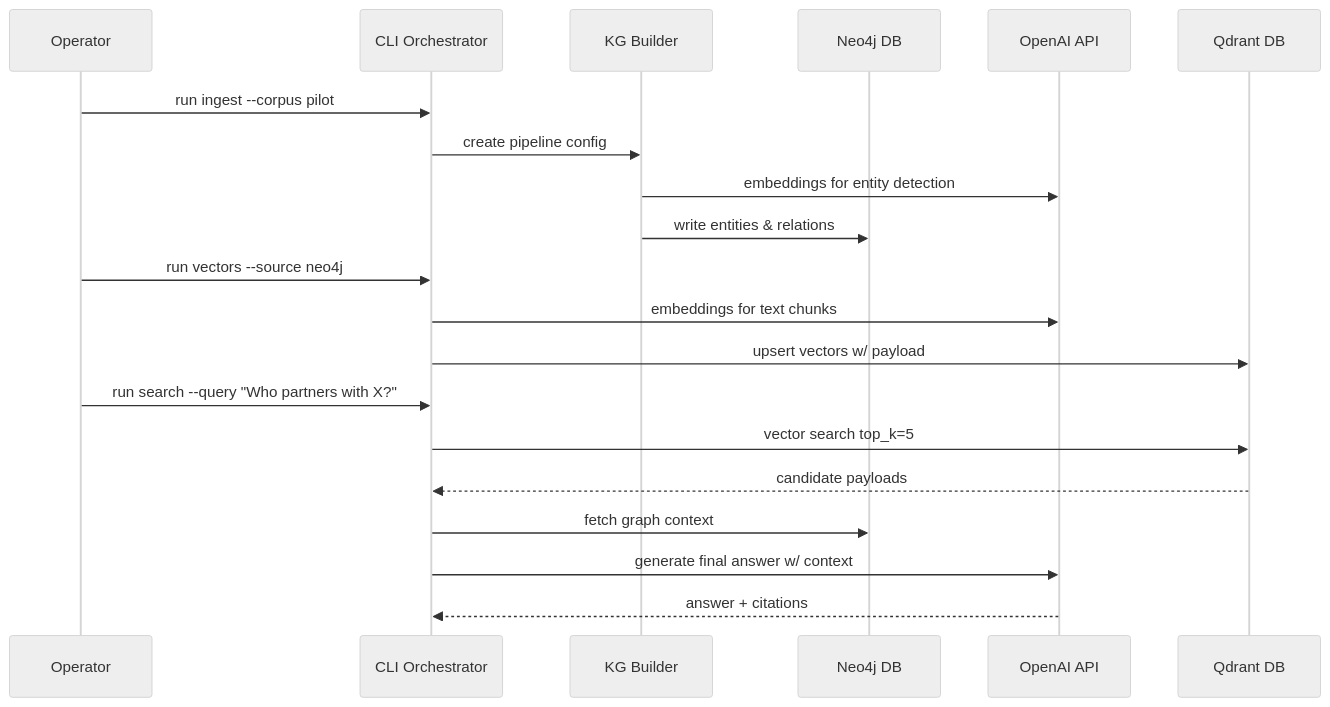
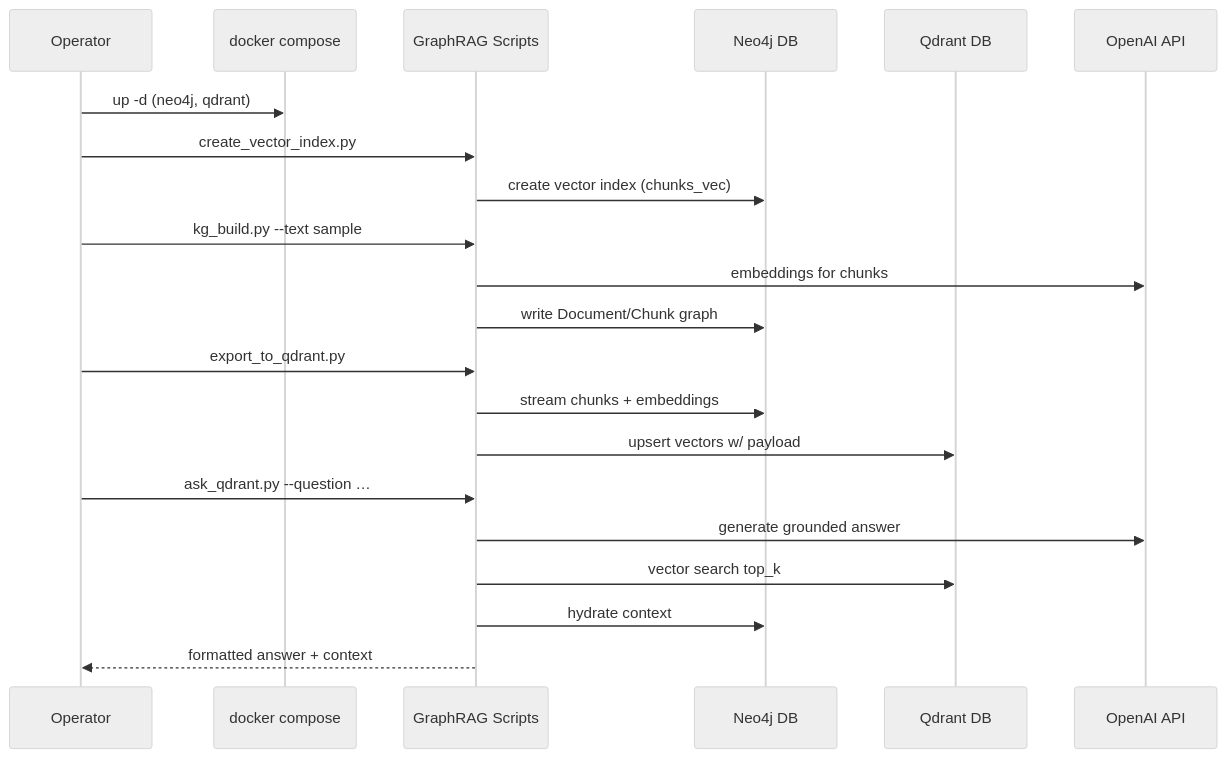
The second of 2 diagrams in docs/architecture.md (DrJLabs/FancyRAG), drawn with Mermaid (neutral theme) before and after one commit. The commit also changed other lines of this file and 29 other files, not shown here.

````diff
--- a/docs/architecture.md
+++ b/docs/architecture.md
@@ -186,23 +70,24 @@
 ```mermaid
 sequenceDiagram
     participant Op as Operator
-    participant CLI as CLI Orchestrator
-    participant KGB as KG Builder
+    participant Compose as docker compose
+    participant Script as GraphRAG Scripts
     participant Neo4j as Neo4j DB
+    participant Qdrant as Qdrant DB
     participant OpenAI as OpenAI API
-    participant Qdrant as Qdrant DB
 
-    Op->>CLI: run ingest --corpus pilot
-    CLI->>KGB: create pipeline config
-    KGB->>OpenAI: embeddings for entity detection
-    KGB->>Neo4j: write entities & relations
-    Op->>CLI: run vectors --source neo4j
-    CLI->>OpenAI: embeddings for text chunks
-    CLI->>Qdrant: upsert vectors w/ payload
-    Op->>CLI: run search --query "Who partners with X?"
-    CLI->>Qdrant: vector search top_k=5
-    Qdrant-->>CLI: candidate payloads
-    CLI->>Neo4j: fetch graph context
-    CLI->>OpenAI: generate final answer w/ context
-    OpenAI-->>CLI: answer + citations
+    Op->>Compose: up -d (neo4j, qdrant)
+    Op->>Script: create_vector_index.py
+    Script->>Neo4j: create vector index (chunks_vec)
+    Op->>Script: kg_build.py --text sample
+    Script->>OpenAI: embeddings for chunks
+    Script->>Neo4j: write Document/Chunk graph
+    Op->>Script: export_to_qdrant.py
+    Script->>Neo4j: stream chunks + embeddings
+    Script->>Qdrant: upsert vectors w/ payload
+    Op->>Script: ask_qdrant.py --question …
+    Script->>OpenAI: generate grounded answer
+    Script->>Qdrant: vector search top_k
+    Script->>Neo4j: hydrate context
+    Script-->>Op: formatted answer + context
 ```
````
